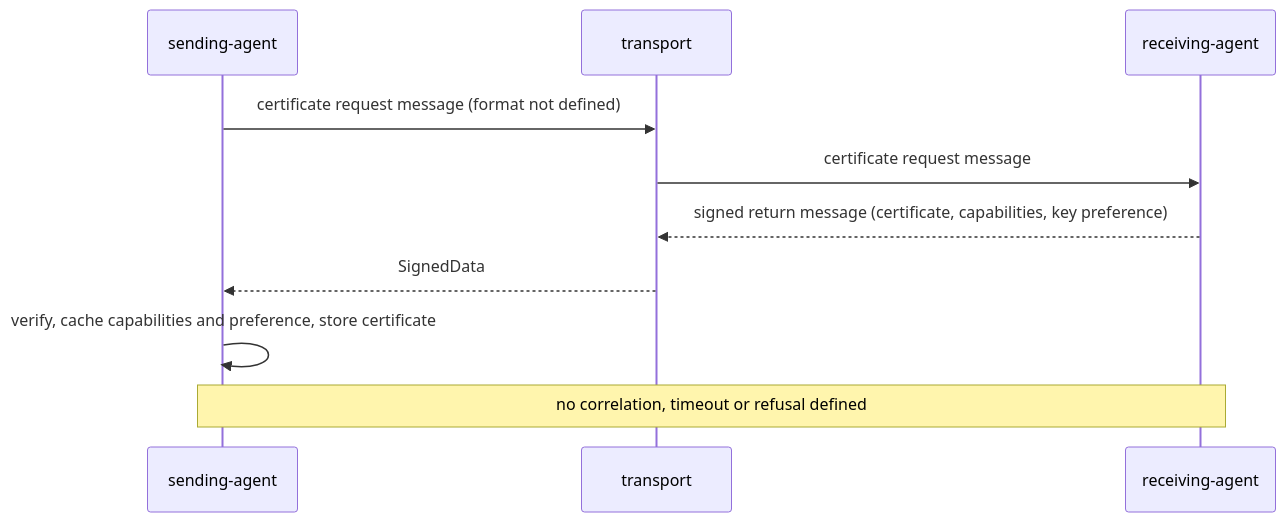
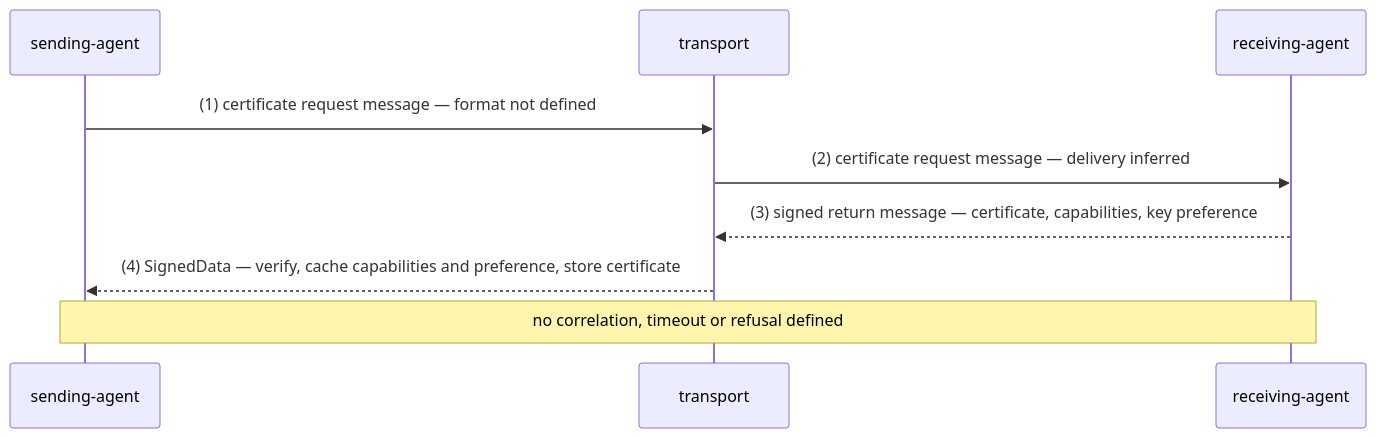
Before and after one commit to m-of-n/library: diagram 16 of 28 in records/ietf/rfc-8551/distilled/protocol.md, drawn with Mermaid. The commit also changed other lines of this file and 10 other files, not shown here.

````diff
--- a/records/ietf/rfc-8551/distilled/protocol.md
+++ b/records/ietf/rfc-8551/distilled/protocol.md
@@ -376,12 +377,11 @@
 ```mermaid
 sequenceDiagram
   participant SA as sending-agent
   participant T as transport
   participant RA as receiving-agent
-  SA->>T: certificate request message (format not defined)
-  T->>RA: certificate request message
-  RA-->>T: signed return message (certificate, capabilities, key preference)
-  T-->>SA: SignedData
-  SA->>SA: verify, cache capabilities and preference, store certificate
+  SA->>T: (1) certificate request message — format not defined
+  T->>RA: (2) certificate request message — delivery inferred
+  RA-->>T: (3) signed return message — certificate, capabilities, key preference
+  T-->>SA: (4) SignedData — verify, cache capabilities and preference, store certificate
   Note over SA,RA: no correlation, timeout or refusal defined
 ```
````
